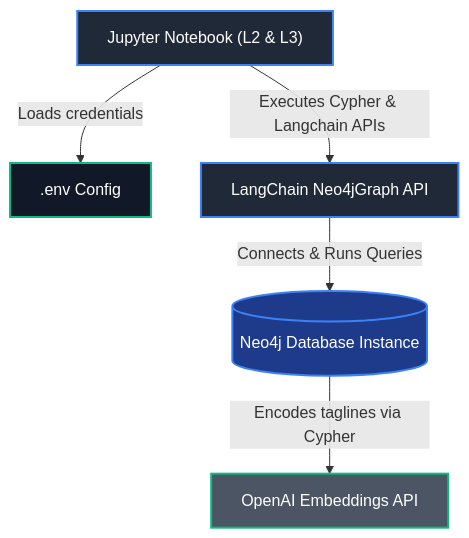
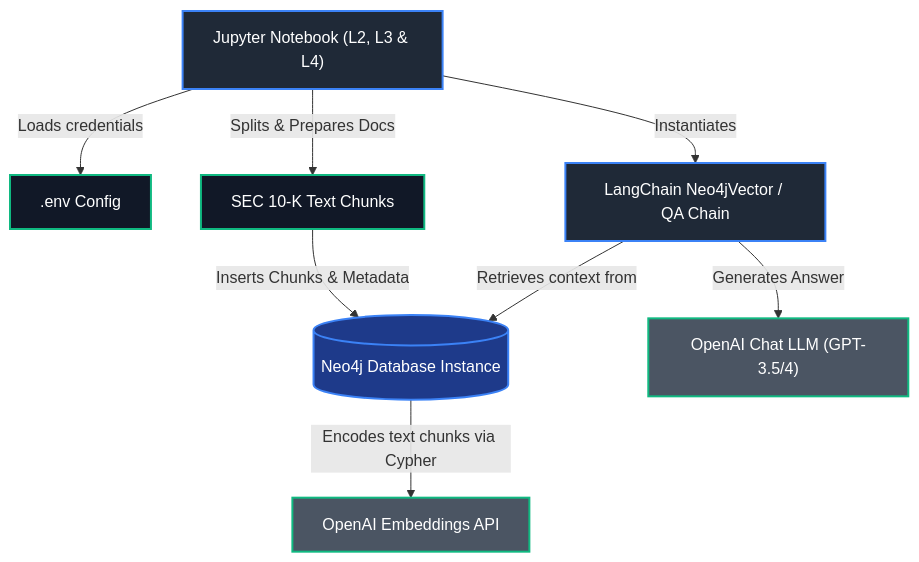
Before and after one commit to PhoengZ/knowledgr-graph-RAG: the diagram in README.md, drawn with Mermaid. The commit also changed other lines of this file and 2 other files, not shown here.

Commit message:
feat: add Lesson 4 SEC Form 10-K RAG notebook and update README
- Add L4-construct_kg_from_text.ipynb for parsing SEC filings, inserting :Chunk nodes with metadata to Neo4j, and setting up LangChain RetrievalQAWithSourcesChain.

- Update README.md with Lesson 4 details and a complete RAG system architecture diagram.

````diff
--- a/README.md
+++ b/README.md
@@ -24,20 +25,24 @@
 ```mermaid
 graph TD
     %% Define Node Styles
     classDef component fill:#1f2937,stroke:#3b82f6,stroke-width:2px,color:#fff;
     classDef database fill:#1e3a8a,stroke:#3b82f6,stroke-width:2px,color:#fff;
     classDef config fill:#111827,stroke:#10b981,stroke-width:2px,color:#fff;
     classDef api fill:#4b5563,stroke:#10b981,stroke-width:2px,color:#fff;
     
     %% Flow nodes
-    Notebook["Jupyter Notebook (L2 & L3)"] -->|Loads credentials| Env[".env Config"]
-    Notebook -->|Executes Cypher & Langchain APIs| LangChain["LangChain Neo4jGraph API"]
-    LangChain -->|Connects & Runs Queries| DB[("Neo4j Database Instance")]
-    DB -->|Encodes taglines via Cypher| OpenAI["OpenAI Embeddings API"]
+    Notebook["Jupyter Notebook (L2, L3 & L4)"] -->|Loads credentials| Env[".env Config"]
+    Notebook -->|Splits & Prepares Docs| TextChunks["SEC 10-K Text Chunks"]
+    TextChunks -->|Inserts Chunks & Metadata| DB[("Neo4j Database Instance")]
+    
+    Notebook -->|Instantiates| LangChain["LangChain Neo4jVector / QA Chain"]
+    LangChain -->|Retrieves context from| DB
+    LangChain -->|Generates Answer| OpenAI_LLM["OpenAI Chat LLM (GPT-3.5/4)"]
+    DB -->|Encodes text chunks via Cypher| OpenAI_Embeddings["OpenAI Embeddings API"]
     
     %% Apply styles
     class Notebook,LangChain component;
     class DB database;
-    class Env config;
-    class OpenAI api;
+    class Env,TextChunks config;
+    class OpenAI_LLM,OpenAI_Embeddings api;
 ```
````
